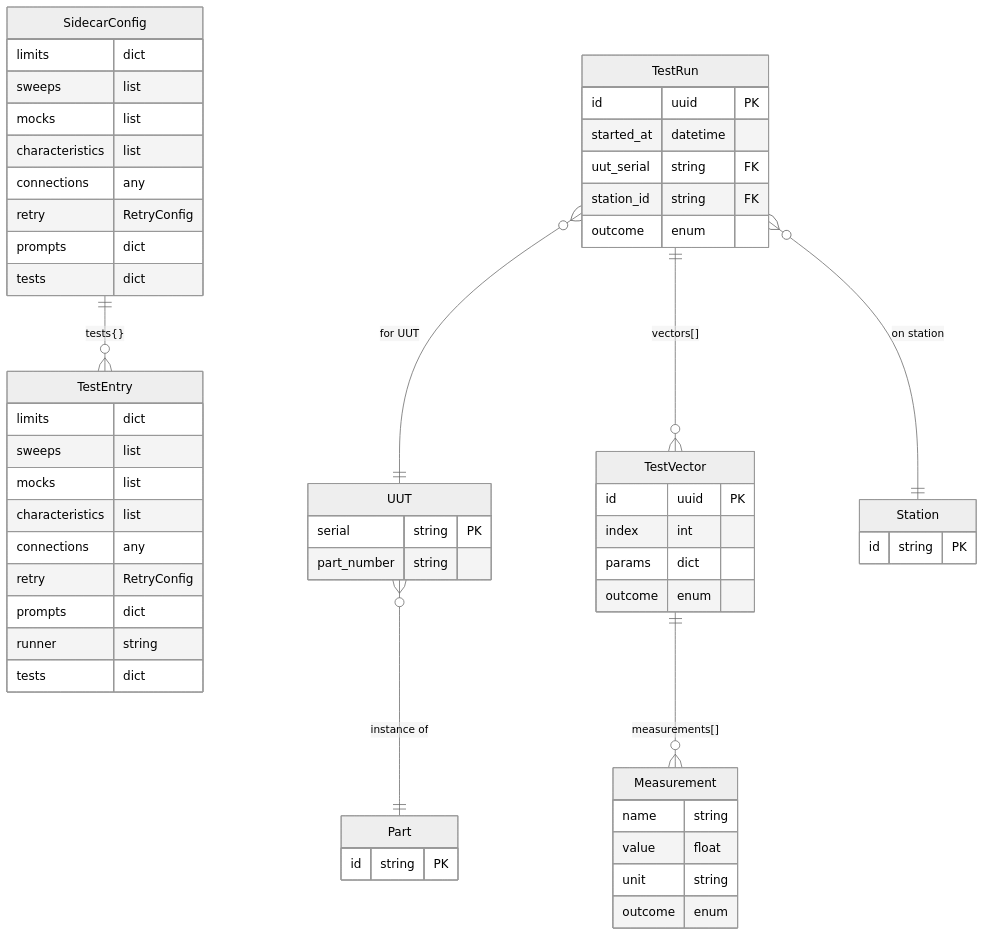
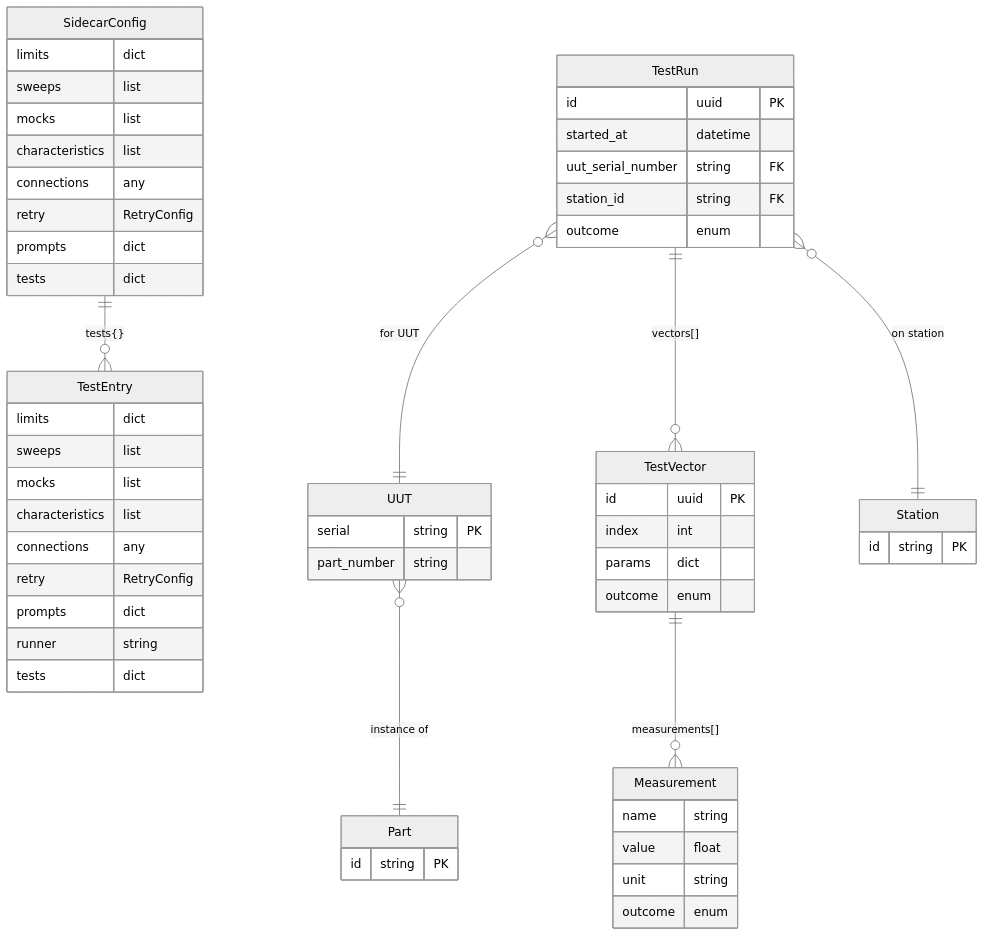
The fifth of 9 diagrams in docs/concepts/overview/architecture.md (pragmatest-dev/testerkit), drawn with Mermaid (neutral theme) before and after one commit. The commit also changed 88 other files, not shown here.

First line of the commit message:
feat(runs)!: rename uut_serial → uut_serial_number (at-rest + API contract)

````diff
--- a/docs/concepts/overview/architecture.md
+++ b/docs/concepts/overview/architecture.md
@@ -187,60 +187,60 @@
 ```mermaid
 erDiagram
     SidecarConfig {
         limits dict
         sweeps list
         mocks list
         characteristics list
         connections any
         retry RetryConfig
         prompts dict
         tests dict
     }
     TestEntry {
         limits dict
         sweeps list
         mocks list
         characteristics list
         connections any
         retry RetryConfig
         prompts dict
         runner string
         tests dict
     }
     UUT {
         serial string PK
         part_number string
     }
     TestRun {
         id uuid PK
         started_at datetime
-        uut_serial string FK
+        uut_serial_number string FK
         station_id string FK
         outcome enum
     }
     TestVector {
         id uuid PK
         index int
         params dict
         outcome enum
     }
     Measurement {
         name string
         value float
         unit string
         outcome enum
     }
     Part {
         id string PK
     }
     Station {
         id string PK
     }
 
     SidecarConfig ||--o{ TestEntry : "tests{}"
     UUT }o--|| Part : "instance of"
     TestRun }o--|| UUT : "for UUT"
     TestRun }o--|| Station : "on station"
     TestRun ||--o{ TestVector : "vectors[]"
     TestVector ||--o{ Measurement : "measurements[]"
 ```
````
